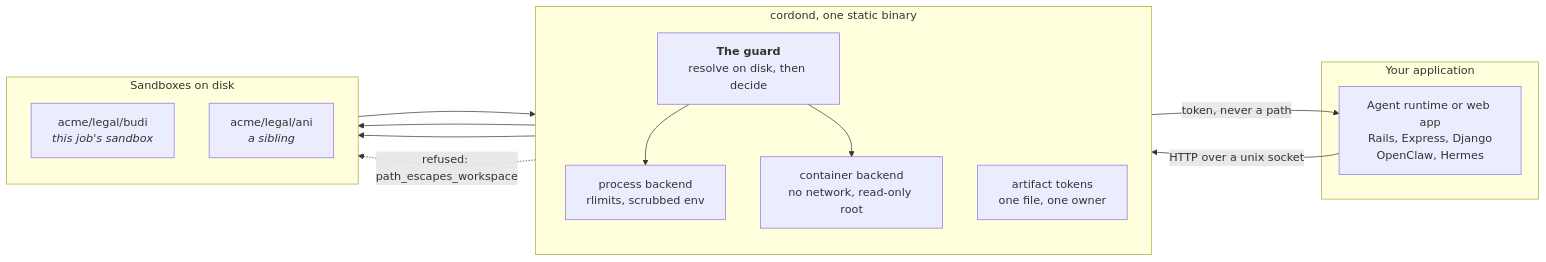
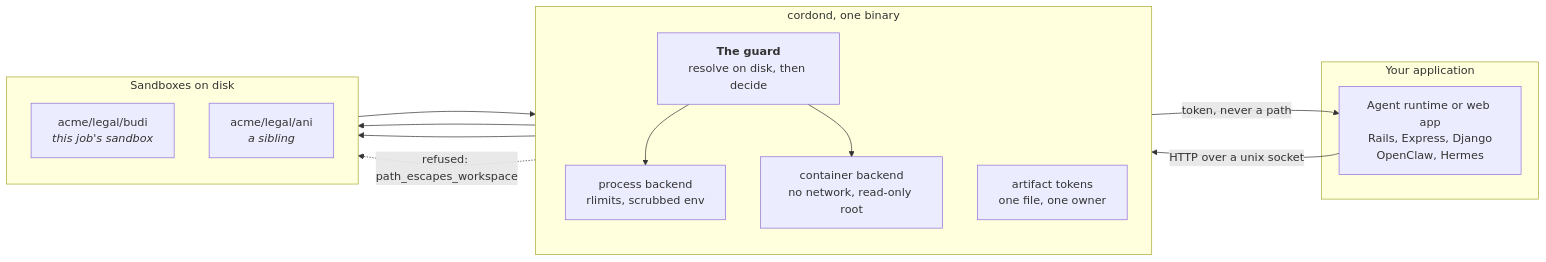
The first of 2 diagrams in README.md (fajarhide/cordon), drawn with Mermaid before and after one commit. The commit also changed other lines of this file and 2 other files, not shown here.

Commit message:
docs: the binary is 1.6 MB on Linux, and it is not static
CI has printed 1.5 MB and then 1.6 MB for the release binary while the
README and the hero animation said 1.3 MB. The README also called it a
static binary, which the default gnu target does not produce.

````diff
--- a/README.md
+++ b/README.md
@@ -146,29 +146,29 @@
 ```mermaid
 flowchart LR
     subgraph app["Your application"]
         RT["Agent runtime or web app<br/>Rails, Express, Django<br/>OpenClaw, Hermes"]
     end
 
-    subgraph d["cordond, one static binary"]
+    subgraph d["cordond, one binary"]
         direction TB
         GUARD["<b>The guard</b><br/>resolve on disk, then decide"]
         PROC["process backend<br/>rlimits, scrubbed env"]
         CTR["container backend<br/>no network, read-only root"]
         TOK["artifact tokens<br/>one file, one owner"]
     end
 
     subgraph fs["Sandboxes on disk"]
         direction TB
         OWN["acme/legal/budi<br/><i>this job's sandbox</i>"]
         SIB["acme/legal/ani<br/><i>a sibling</i>"]
     end
 
     RT -->|"HTTP over a unix socket"| GUARD
     GUARD --> PROC
     GUARD --> CTR
     PROC --> OWN
     CTR --> OWN
     OWN --> TOK
     TOK -->|"token, never a path"| RT
     GUARD -.->|"refused: path_escapes_workspace"| SIB
 ```
````
